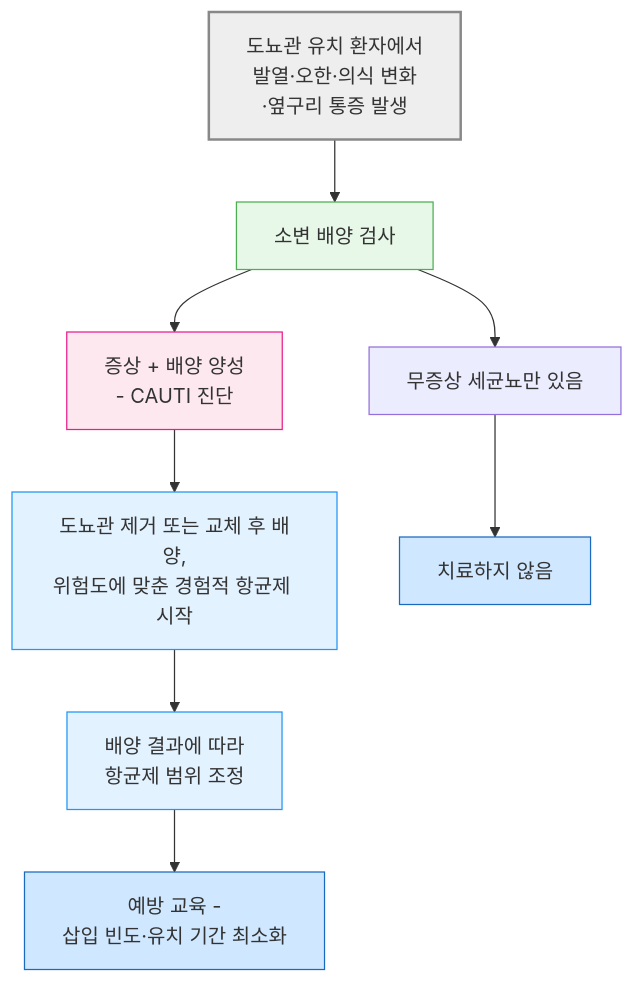
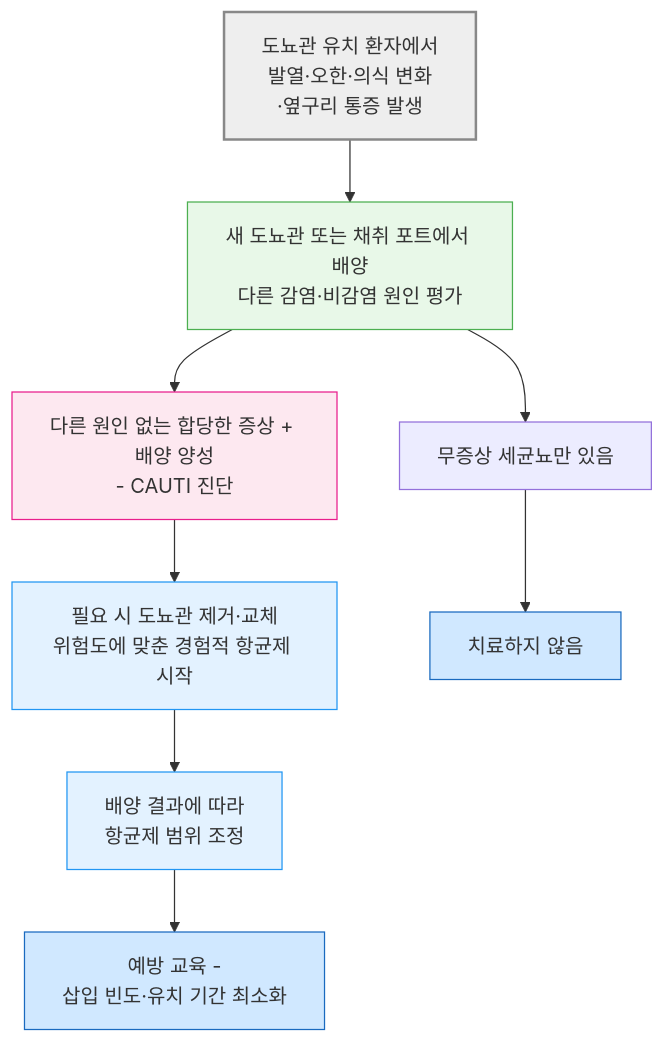
One commit to familyoh77/familyoh77 changed the third of 5 diagrams in 227_/113_-urinary-tract-infection.md. Above: the diagram before and after it, drawn with Mermaid. The commit also changed other lines of this file and 4 other files, not shown here.

````diff
--- a/227_/113_-urinary-tract-infection.md
+++ b/227_/113_-urinary-tract-infection.md
@@ -266,18 +273,18 @@
 ```mermaid
 graph TD
     A["도뇨관 유치 환자에서 <br/>발열·오한·의식 변화<br/>·옆구리 통증 발생"] 
---> B["소변 배양 검사"]
-    B --> C["증상 + 배양 양성 <br/>- CAUTI 진단"]
+--> B["새 도뇨관 또는 채취 포트에서 배양<br/>다른 감염·비감염 원인 평가"]
+    B --> C["다른 원인 없는 합당한 증상 + 배양 양성<br/>- CAUTI 진단"]
     B --> G["무증상 세균뇨만 있음"]
-    C --> D["도뇨관 제거 또는 교체 후 배양,<br/>위험도에 맞춘 경험적 항균제 시작"]
+    C --> D["필요 시 도뇨관 제거·교체<br/>위험도에 맞춘 경험적 항균제 시작"]
     D --> E["배양 결과에 따라<br/>항균제 범위 조정"]
     E --> F["예방 교육 - <br/>삽입 빈도·유치 기간 최소화"]
     G --> H["치료하지 않음"]
 style A fill:#eeeeee,stroke:#888888,stroke-width:2px
 style B fill:#e8f8e8,stroke:#4caf50
 style C fill:#fde8f0,stroke:#e91e8c
 classDef sky fill:#e3f2ff,stroke:#2196f3
 class D,E sky
 classDef blue fill:#d0e8ff,stroke:#1a6abf
 class H,F blue
 ```
````
